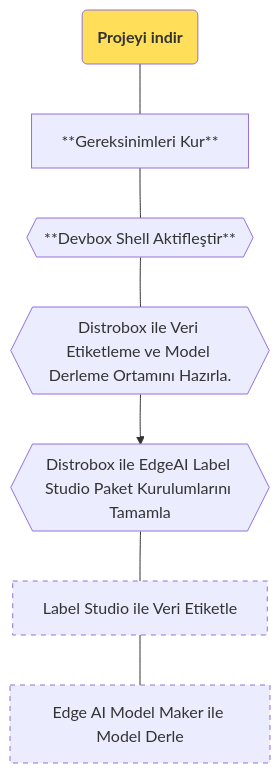
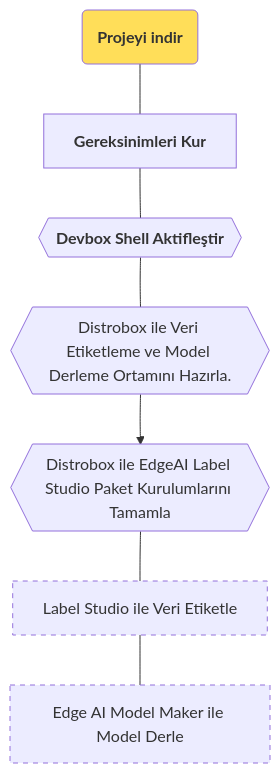
One commit to t3gemstone/docs changed the diagram in tr/boards/o1/ai/edgeai-tensorlab.mdx. Above: the diagram before and after it, drawn with Mermaid. The commit also changed 176 other files, not shown here.

````diff
--- a/tr/boards/o1/ai/edgeai-tensorlab.mdx
+++ b/tr/boards/o1/ai/edgeai-tensorlab.mdx
@@ -50,16 +50,16 @@
 ```mermaid
 flowchart
-    n1@{ label: "**Projeyi indir**" } --- n2["**Gereksinimleri Kur**"]
-    n2 --- n3["**Devbox Shell Aktifleştir**"]
-    n3 --- n4["Distrobox ile Veri Etiketleme ve Model Derleme Ortamını Hazırla."]
-    n5["Distrobox ile EdgeAI Label Studio Paket Kurulumlarını Tamamla"] --- n6["Label Studio ile Veri Etiketle"]
-    n6 --- n7["Edge AI Model Maker ile Model Derle"]
+    n1@{ label: "**Projeyi indir**" } --- n2@{ label: "**Gereksinimleri Kur**" }
+    n2 --- n3@{ label: "**Devbox Shell Aktifleştir**" }
+    n3 --- n4@{ label: "Distrobox ile Veri Etiketleme ve Model Derleme Ortamını Hazırla." }
+    n5@{ label: "Distrobox ile EdgeAI Label Studio Paket Kurulumlarını Tamamla" } --- n6@{ label: "Label Studio ile Veri Etiketle" }
+    n6 --- n7@{ label: "Edge AI Model Maker ile Model Derle" }
     n4 --> n5
     n1@{ shape: rounded}
     n3@{ shape: hex}
     n4@{ shape: hex}
     n5@{ shape: hex}
     style n1 fill:#FFDE59
     style n7 stroke-width:1px,stroke-dasharray:5 5
 	  style n6 stroke-width:1px,stroke-dasharray:5 5
 ```
````
